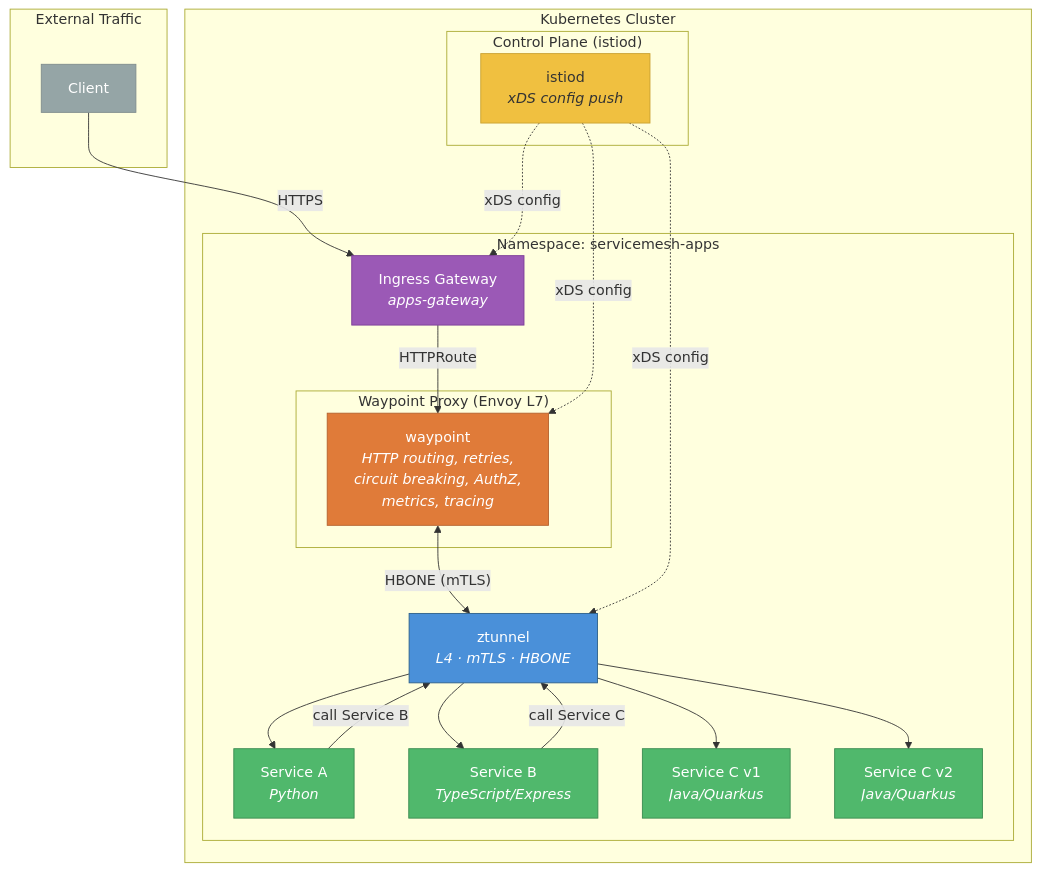
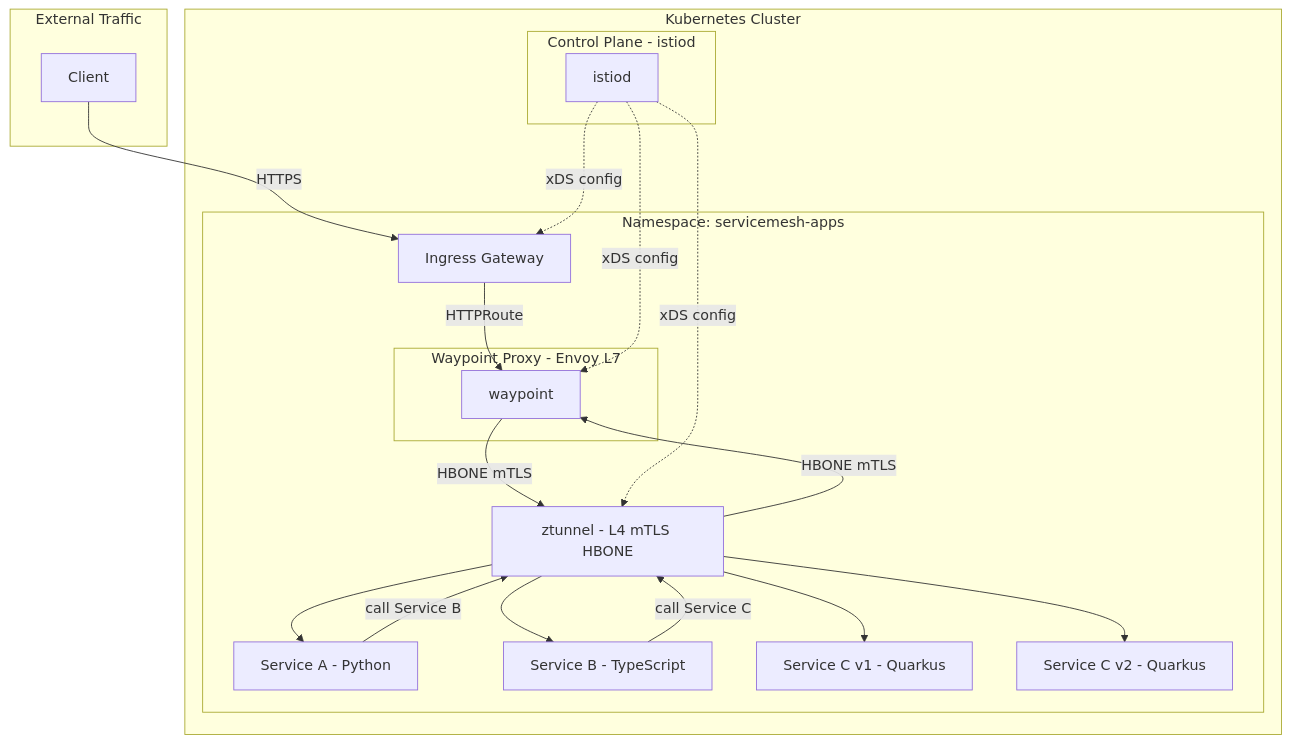
One commit to nikolaus-lemberski/servicemesh-3-demo changed the diagram in USING_THE_MESH.md. Above: the diagram before and after it, drawn with Mermaid. The commit also changed other lines of this file, not shown here.

Commit message:
mermaid chart simplified for VS Code / Cursor preview rendering

````diff
--- a/USING_THE_MESH.md
+++ b/USING_THE_MESH.md
@@ -10,58 +10,45 @@
 ```mermaid
 graph TB
     subgraph external["External Traffic"]
         client["Client"]
     end
 
     subgraph cluster["Kubernetes Cluster"]
-        subgraph cp["Control Plane (istiod)"]
-            istiod["istiod<br/><i>xDS config push</i>"]
+        subgraph cp["Control Plane - istiod"]
+            istiod["istiod"]
         end
 
         subgraph ns["Namespace: servicemesh-apps"]
-            gw["Ingress Gateway<br/><i>apps-gateway</i>"]
+            gw["Ingress Gateway"]
 
-            subgraph wp["Waypoint Proxy (Envoy L7)"]
-                waypoint["waypoint<br/><i>HTTP routing, retries,<br/>circuit breaking, AuthZ,<br/>metrics, tracing</i>"]
+            subgraph wp["Waypoint Proxy - Envoy L7"]
+                waypoint["waypoint"]
             end
 
-            ztunnel["ztunnel<br/><i>L4 · mTLS · HBONE</i>"]
-            podA["Service A<br/><i>Python</i>"]
-            podB["Service B<br/><i>TypeScript/Express</i>"]
-            podC1["Service C v1<br/><i>Java/Quarkus</i>"]
-            podC2["Service C v2<br/><i>Java/Quarkus</i>"]
+            ztunnel["ztunnel - L4 mTLS HBONE"]
+            podA["Service A - Python"]
+            podB["Service B - TypeScript"]
+            podC1["Service C v1 - Quarkus"]
+            podC2["Service C v2 - Quarkus"]
         end
     end
 
-    client -->|"HTTPS"| gw
-    gw -->|"HTTPRoute"| waypoint
+    client -->|HTTPS| gw
+    gw -->|HTTPRoute| waypoint
 
-    waypoint <-->|"HBONE (mTLS)"| ztunnel
+    waypoint -->|HBONE mTLS| ztunnel
+    ztunnel -->|HBONE mTLS| waypoint
 
     ztunnel --> podA
-    podA -->|"call Service B"| ztunnel
+    podA -->|call Service B| ztunnel
 
     ztunnel --> podB
-    podB -->|"call Service C"| ztunnel
+    podB -->|call Service C| ztunnel
 
     ztunnel --> podC1
     ztunnel --> podC2
 
-    istiod -.->|"xDS config"| ztunnel
-    istiod -.->|"xDS config"| waypoint
-    istiod -.->|"xDS config"| gw
-
-    classDef ztunnelStyle fill:#4a90d9,stroke:#2c5f8a,color:#fff
-    classDef waypointStyle fill:#e07b39,stroke:#b5612d,color:#fff
-    classDef podStyle fill:#50b86c,stroke:#3a8a50,color:#fff
-    classDef gwStyle fill:#9b59b6,stroke:#7d3c98,color:#fff
-    classDef cpStyle fill:#f0c040,stroke:#c9a030,color:#333
-    classDef clientStyle fill:#95a5a6,stroke:#7f8c8d,color:#fff
-
-    class ztunnel ztunnelStyle
-    class waypoint waypointStyle
-    class podA,podB,podC1,podC2 podStyle
-    class gw gwStyle
-    class istiod cpStyle
-    class client clientStyle
+    istiod -.->|xDS config| ztunnel
+    istiod -.->|xDS config| waypoint
+    istiod -.->|xDS config| gw
 ```
````
